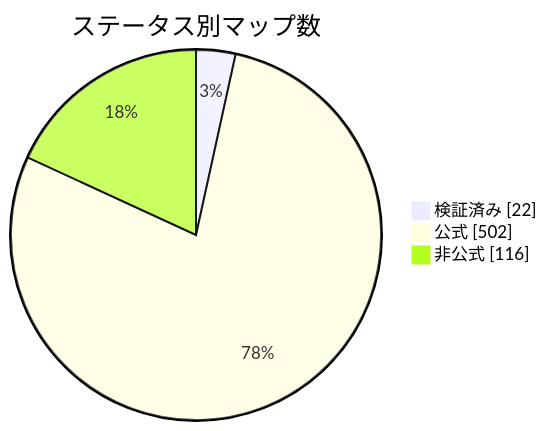
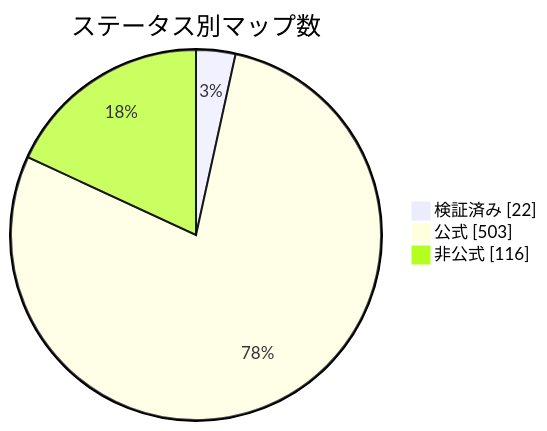
The diagram in docs/readme/README_JP.md (nobrega8/mbmap-library), drawn with Mermaid before and after one commit. The commit also changed 6 other files, not shown here.

````diff
--- a/docs/readme/README_JP.md
+++ b/docs/readme/README_JP.md
@@ -54,7 +54,7 @@
 ```mermaid
 pie showData
     title ステータス別マップ数
     "検証済み" : 22
-    "公式" : 502
+    "公式" : 503
     "非公式" : 116
 ```
````
